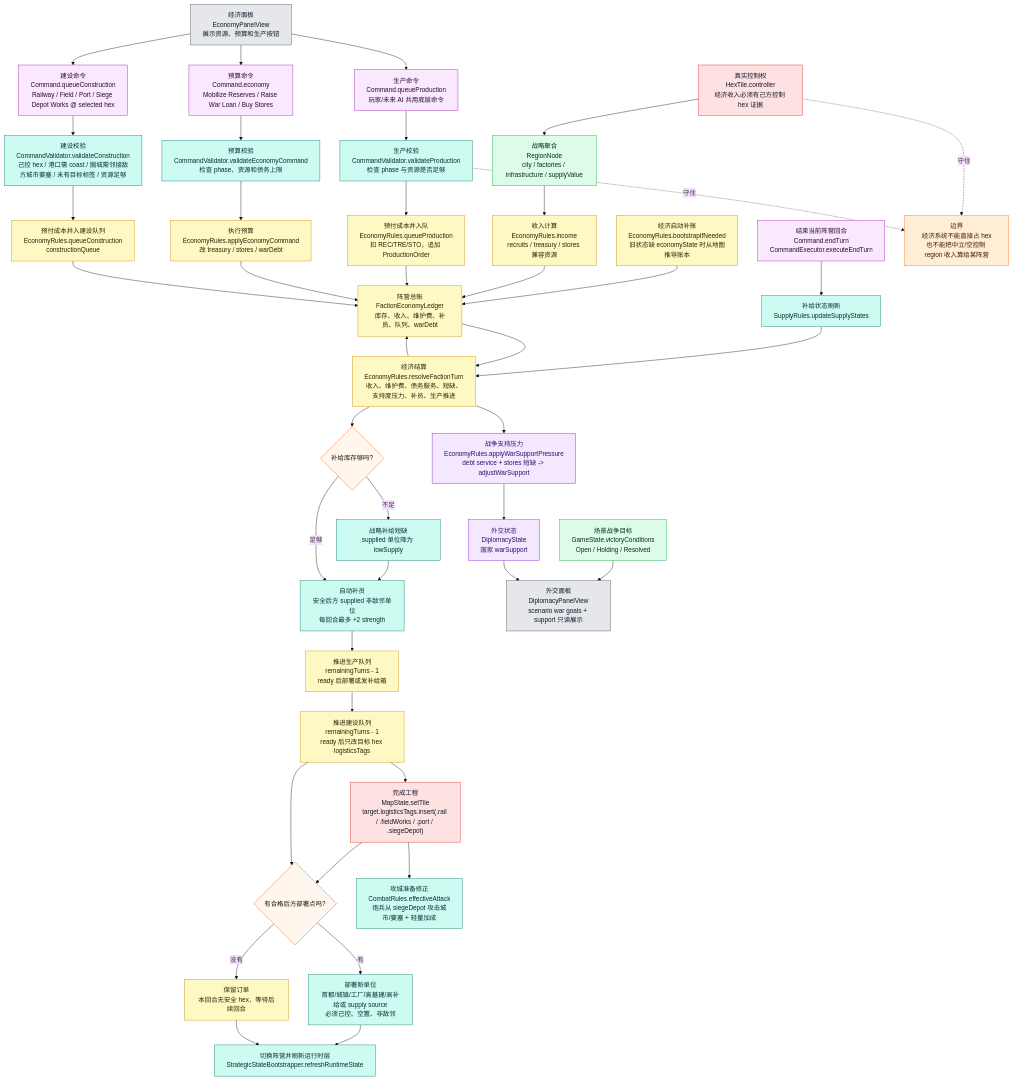
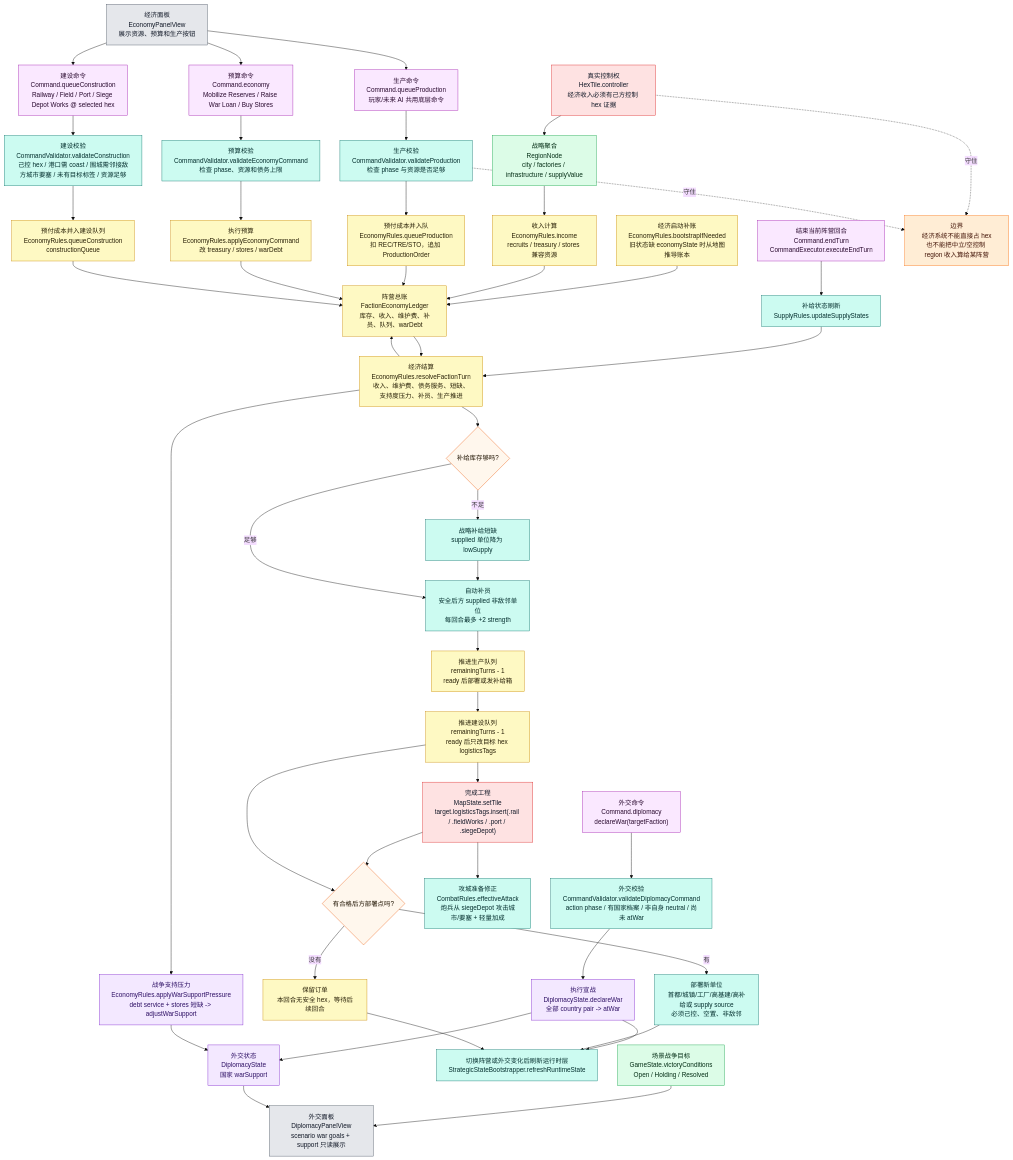
Before and after one commit to Altman-sam114/126: the fourth of 9 diagrams in md/flow/flowchart.md, drawn with Mermaid (base theme). The commit also changed other lines of this file and 9 other files, not shown here.

Commit message:
feat(diplomacy): add declare war command

````diff
--- a/md/flow/flowchart.md
+++ b/md/flow/flowchart.md
@@ -207,73 +207,78 @@
 ```mermaid
 flowchart TD
     BOOT["经济启动补账<br/>EconomyRules.bootstrapIfNeeded<br/>旧状态缺 economyState 时从地图推导账本"]:::economy
     HEX["真实控制权<br/>HexTile.controller<br/>经济收入必须有己方控制 hex 证据"]:::authority
     REGION["战略聚合<br/>RegionNode<br/>city / factories / infrastructure / supplyValue"]:::derived
     INCOME["收入计算<br/>EconomyRules.income<br/>recruits / treasury / stores 兼容资源"]:::economy
     LEDGER["阵营总账<br/>FactionEconomyLedger<br/>库存、收入、维护费、补员、队列、warDebt"]:::economy
 
     UI["经济面板<br/>EconomyPanelView<br/>展示资源、预算和生产按钮"]:::ui
     QUEUE["生产命令<br/>Command.queueProduction<br/>玩家/未来 AI 共用底层命令"]:::command
     VALIDATE["生产校验<br/>CommandValidator.validateProduction<br/>检查 phase 与资源是否足够"]:::rules
     PAY["预付成本并入队<br/>EconomyRules.queueProduction<br/>扣 REC/TRE/STO，追加 ProductionOrder"]:::economy
     BUDGET["预算命令<br/>Command.economy<br/>Mobilize Reserves / Raise War Loan / Buy Stores"]:::command
     BVALID["预算校验<br/>CommandValidator.validateEconomyCommand<br/>检查 phase、资源和债务上限"]:::rules
     APPLYB["执行预算<br/>EconomyRules.applyEconomyCommand<br/>改 treasury / stores / warDebt"]:::economy
     BUILD["建设命令<br/>Command.queueConstruction<br/>Railway / Field / Port / Siege Depot Works @ selected hex"]:::command
     BLDVALID["建设校验<br/>CommandValidator.validateConstruction<br/>己控 hex / 港口需 coast / 围城需邻接敌方城市要塞 / 未有目标标签 / 资源足够"]:::rules
     BLDQUEUE["预付成本并入建设队列<br/>EconomyRules.queueConstruction<br/>constructionQueue"]:::economy
     DIP["外交状态<br/>DiplomacyState<br/>国家 warSupport"]:::diplomacy
+    DIPCMD["外交命令<br/>Command.diplomacy<br/>declareWar(targetFaction)"]:::command
+    DIPVALID["外交校验<br/>CommandValidator.validateDiplomacyCommand<br/>action phase / 有国家档案 / 非自身 neutral / 尚未 atWar"]:::rules
+    DIPAPPLY["执行宣战<br/>DiplomacyState.declareWar<br/>全部 country pair -> atWar"]:::diplomacy
 
     END["结束当前阵营回合<br/>Command.endTurn<br/>CommandExecutor.executeEndTurn"]:::command
     SUPPLY["补给状态刷新<br/>SupplyRules.updateSupplyStates"]:::rules
     RESOLVE["经济结算<br/>EconomyRules.resolveFactionTurn<br/>收入、维护费、债务服务、短缺、支持度压力、补员、生产推进"]:::economy
     SHORT{"补给库存够吗?"}:::decision
     LOW["战略补给短缺<br/>supplied 单位降为 lowSupply"]:::rules
     PRESS["战争支持压力<br/>EconomyRules.applyWarSupportPressure<br/>debt service + stores 短缺 -> adjustWarSupport"]:::diplomacy
     REINF["自动补员<br/>安全后方 supplied 非敌邻单位<br/>每回合最多 +2 strength"]:::rules
     PROD["推进生产队列<br/>remainingTurns - 1<br/>ready 后部署或发补给箱"]:::economy
     CONST["推进建设队列<br/>remainingTurns - 1<br/>ready 后只改目标 hex logisticsTags"]:::economy
     DEPLOY{"有合格后方部署点吗?"}:::decision
     SPAWN["部署新单位<br/>首都/城镇/工厂/高基建/高补给或 supply source<br/>必须己控、空置、非敌邻"]:::rules
     WAIT["保留订单<br/>本回合无安全 hex，等待后续回合"]:::economy
     RAIL["完成工程<br/>MapState.setTile<br/>target.logisticsTags.insert(.rail / .fieldWorks / .port / .siegeDepot)"]:::authority
     SIEGE["攻城准备修正<br/>CombatRules.effectiveAttack<br/>炮兵从 siegeDepot 攻击城市/要塞 + 轻量加成"]:::rules
-    NEXT["切换阵营并刷新运行时层<br/>StrategicStateBootstrapper.refreshRuntimeState"]:::rules
+    NEXT["切换阵营或外交变化后刷新运行时层<br/>StrategicStateBootstrapper.refreshRuntimeState"]:::rules
     DIPUI["外交面板<br/>DiplomacyPanelView<br/>scenario war goals + support 只读展示"]:::ui
     GOALS["场景战争目标<br/>GameState.victoryConditions<br/>Open / Holding / Resolved"]:::derived
 
     BOOT --> LEDGER
     HEX --> REGION --> INCOME --> LEDGER
     UI --> QUEUE --> VALIDATE --> PAY --> LEDGER
     UI --> BUDGET --> BVALID --> APPLYB --> LEDGER
     UI --> BUILD --> BLDVALID --> BLDQUEUE --> LEDGER
+    DIPCMD --> DIPVALID --> DIPAPPLY --> DIP
+    DIPAPPLY --> NEXT
     GOALS --> DIPUI
     DIP --> DIPUI
     END --> SUPPLY --> RESOLVE
     LEDGER --> RESOLVE
     RESOLVE --> SHORT
     RESOLVE --> PRESS --> DIP
     SHORT -->|不足| LOW --> REINF
     SHORT -->|足够| REINF
     REINF --> PROD --> CONST
     CONST --> RAIL --> DEPLOY
     RAIL --> SIEGE
     CONST --> DEPLOY
     DEPLOY -->|有| SPAWN --> NEXT
     DEPLOY -->|没有| WAIT --> NEXT
     RESOLVE --> LEDGER
 
     WARN["边界<br/>经济系统不能直接占 hex<br/>也不能把中立/空控制 region 收入算给某阵营"]:::warn
     HEX -.守住.-> WARN
     VALIDATE -.守住.-> WARN
 
     classDef authority fill:#fee2e2,stroke:#dc2626,color:#111827
     classDef derived fill:#dcfce7,stroke:#16a34a,color:#052e16
     classDef economy fill:#fef9c3,stroke:#ca8a04,color:#292107
     classDef diplomacy fill:#f3e8ff,stroke:#7e22ce,color:#2e1065
     classDef command fill:#fae8ff,stroke:#a21caf,color:#2a0a2f
     classDef rules fill:#ccfbf1,stroke:#0f766e,color:#042f2e
     classDef decision fill:#fff7ed,stroke:#ea580c,color:#1f1300
     classDef ui fill:#e5e7eb,stroke:#4b5563,color:#111827
     classDef warn fill:#ffedd5,stroke:#f97316,color:#431407
 ```
````
